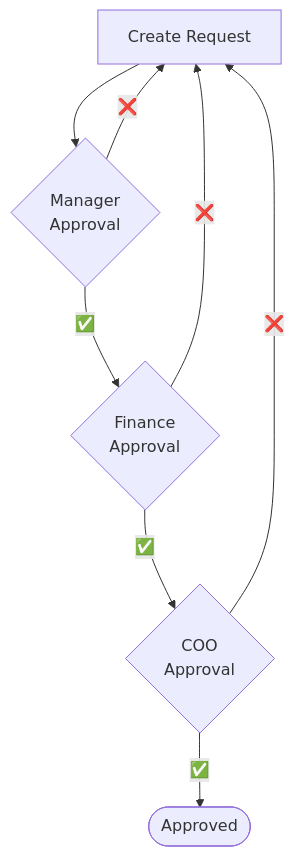
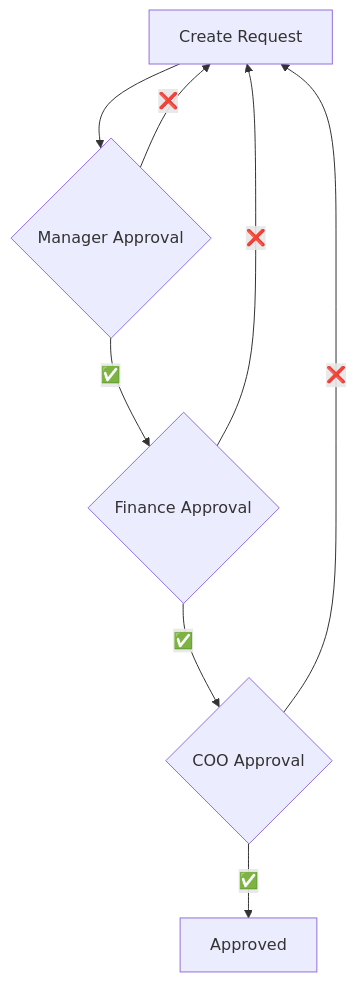
Before and after one commit to tallyfy/documentation: the first of 3 diagrams in src/content/docs/pro/documenting/templates/automations/examples/multi-level-approval-loops.mdx, drawn with Mermaid. The commit also changed other lines of this file and 46 other files, not shown here.

Commit message:
Update Mermaid notation

````diff
--- a/src/content/docs/pro/documenting/templates/automations/examples/multi-level-approval-loops.mdx
+++ b/src/content/docs/pro/documenting/templates/automations/examples/multi-level-approval-loops.mdx
@@ -31,16 +31,16 @@
 ```mermaid
 flowchart TD
-    Create[Create Request] --> Manager{Manager<br/>Approval}
-    Manager -->|"`✅`"| Finance{Finance<br/>Approval}
-    Manager -->|"`❌`"| Create
-    
-    Finance -->|"`✅`"| COO{COO<br/>Approval}
-    Finance -->|"`❌`"| Create
-    
-    COO -->|"`✅`"| Complete([Approved])
-    COO -->|"`❌`"| Create
-    
-    click Manager "/products/pro/documenting/templates/automations/actions/status-actions/" "Learn about status actions for re-opening tasks"
-    click Finance "/products/pro/documenting/templates/automations/actions/visibility-actions/" "Learn about visibility rules for approval flow"
-    click COO "/products/pro/tutorials/how-to/track-and-run-complex-approval-workflows/" "See complex approval workflow patterns"
+ Create[Create Request] --> Manager{Manager Approval}
+ Manager -->|"✅"| Finance{Finance Approval}
+ Manager -->|"❌"| Create
+ 
+ Finance -->|"✅"| COO{COO Approval}
+ Finance -->|"❌"| Create
+ 
+ COO -->|"✅"| Complete[Approved]
+ COO -->|"❌"| Create
+ 
+ click Manager "/products/pro/documenting/templates/automations/actions/status-actions/" "Learn about status actions for re-opening tasks"
+ click Finance "/products/pro/documenting/templates/automations/actions/visibility-actions/" "Learn about visibility rules for approval flow"
+ click COO "/products/pro/tutorials/how-to/track-and-run-complex-approval-workflows/" "See complex approval workflow patterns"
 ```
````
